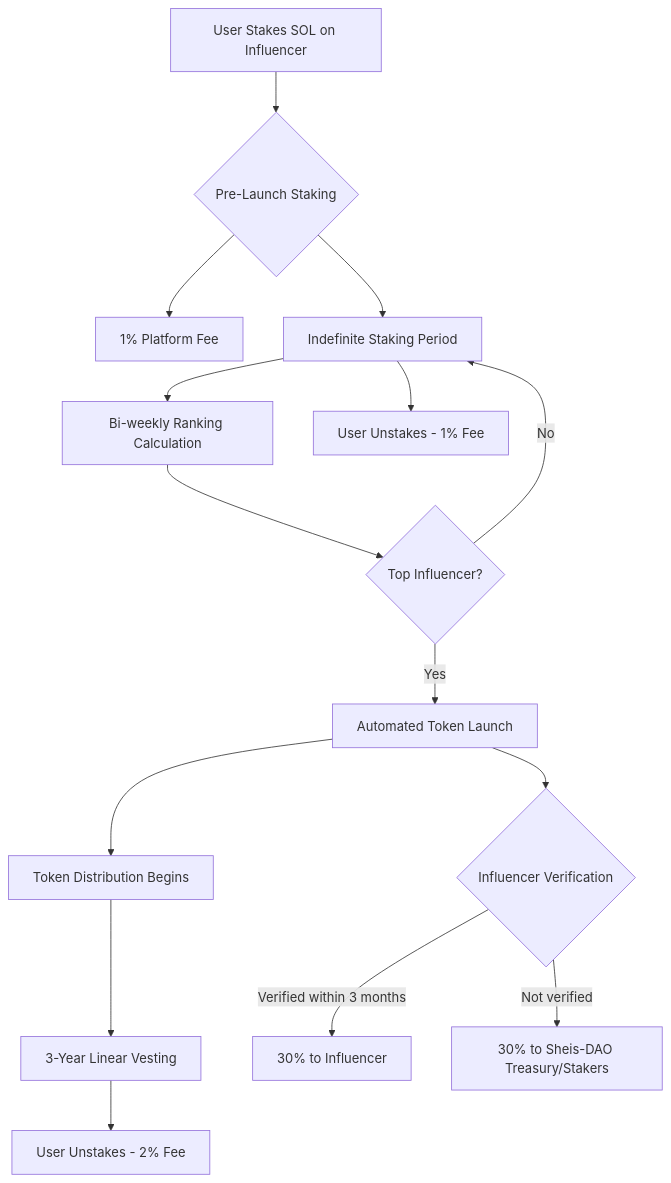
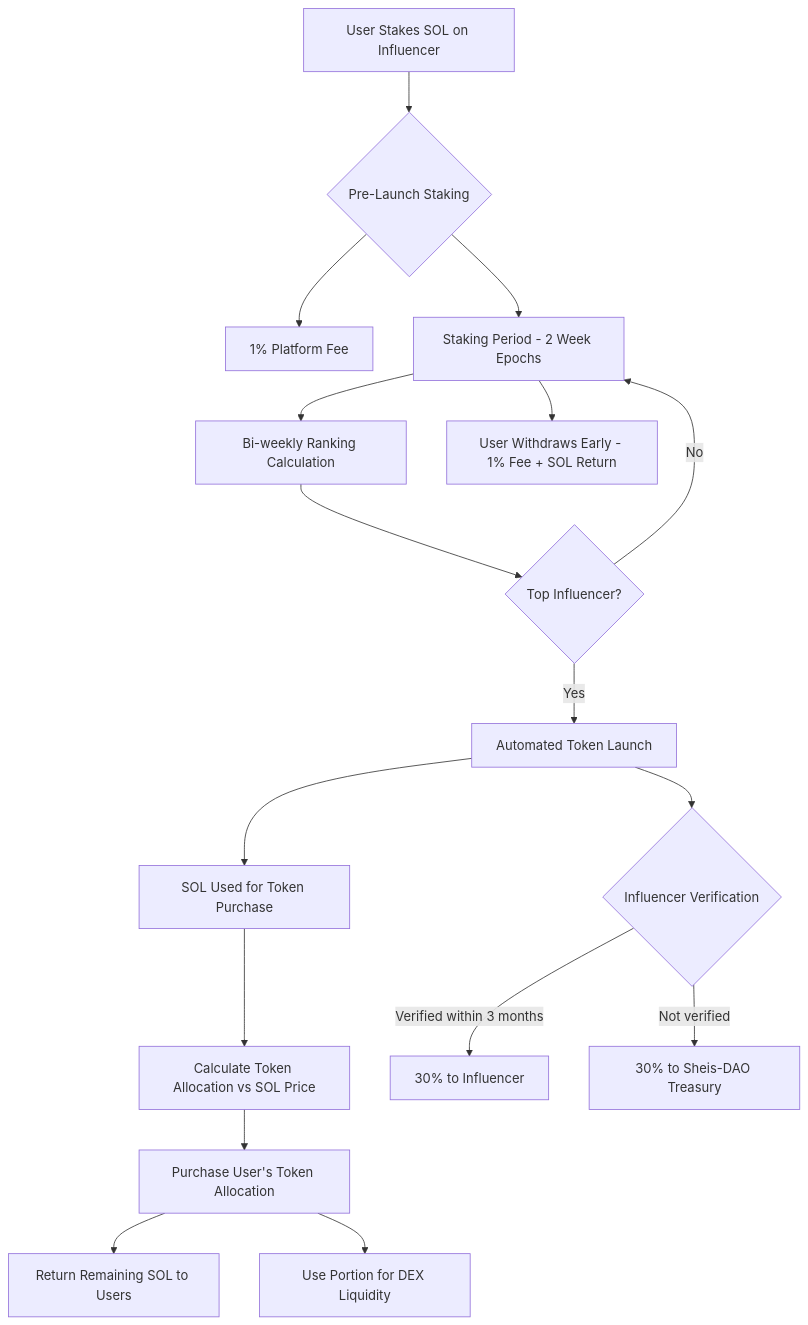
One commit to Sheis-DAO/kapikol-webapp changed the diagram in SMART_CONTRACT_ARCHITECTURE.md. Above: the diagram before and after it, drawn with Mermaid. The commit also changed other lines of this file and 2 other files, not shown here.

````diff
--- a/SMART_CONTRACT_ARCHITECTURE.md
+++ b/SMART_CONTRACT_ARCHITECTURE.md
@@ -35,17 +36,19 @@
 ```mermaid
 graph TD
     A[User Stakes SOL on Influencer] --> B{Pre-Launch Staking}
     B --> C[1% Platform Fee]
-    B --> D[Indefinite Staking Period]
+    B --> D[Staking Period - 2 Week Epochs]
     D --> E[Bi-weekly Ranking Calculation]
     E --> F{Top Influencer?}
     F -->|Yes| G[Automated Token Launch]
     F -->|No| D
-    G --> H[Token Distribution Begins]
-    H --> I[3-Year Linear Vesting]
-    D --> J[User Unstakes - 1% Fee]
-    I --> K[User Unstakes - 2% Fee]
-    G --> L{Influencer Verification}
-    L -->|Verified within 3 months| M[30% to Influencer]
-    L -->|Not verified| N[30% to Sheis-DAO Treasury/Stakers]
+    G --> H[SOL Used for Token Purchase]
+    H --> I[Calculate Token Allocation vs SOL Price]
+    I --> J[Purchase User's Token Allocation]
+    J --> K[Return Remaining SOL to Users]
+    J --> L[Use Portion for DEX Liquidity]
+    D --> M[User Withdraws Early - 1% Fee + SOL Return]
+    G --> N{Influencer Verification}
+    N -->|Verified within 3 months| O[30% to Influencer]
+    N -->|Not verified| P[30% to Sheis-DAO Treasury]
 ```
````
